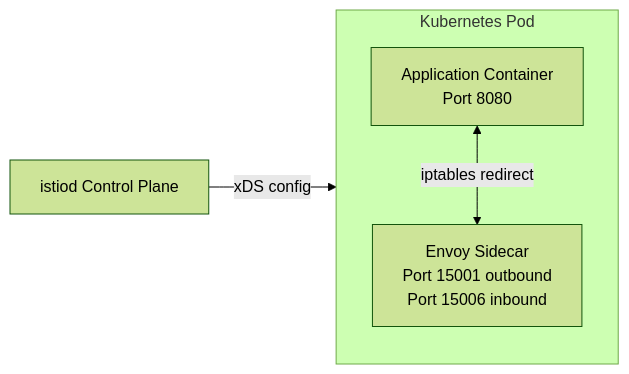
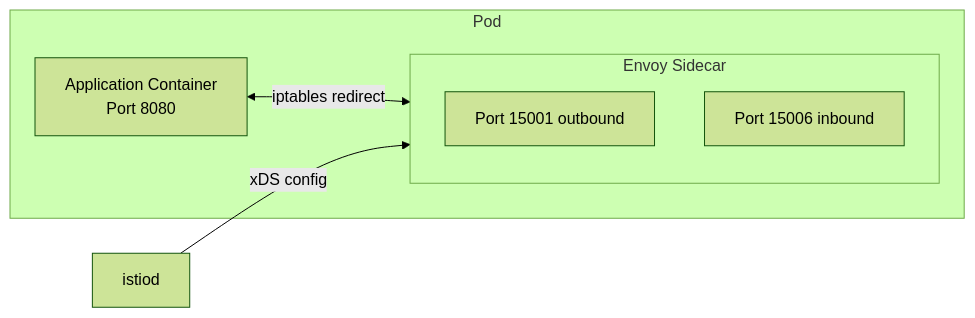
One commit to krisztiankoos/kubedojo changed the second of 8 diagrams in src/content/docs/k8s/ica/module-1.1-istio-installation-architecture.md. Above: the diagram before and after it, drawn with Mermaid (forest theme). The commit also changed other lines of this file, not shown here.

Commit message:
chore(content): write-only draft [k8s/ica/module-1.1-istio-installation-architecture]

````diff
--- a/src/content/docs/k8s/ica/module-1.1-istio-installation-architecture.md
+++ b/src/content/docs/k8s/ica/module-1.1-istio-installation-architecture.md
@@ -127,12 +151,12 @@
 ```mermaid
 flowchart LR
-    subgraph PodEnvironment[Kubernetes Pod]
-        direction TB
-        App[Application Container\nPort 8080]
-        Envoy[Envoy Sidecar\nPort 15001 outbound\nPort 15006 inbound]
-        
+    subgraph Pod [Pod]
+        App[Application Container<br/>Port 8080]
+        subgraph Envoy [Envoy Sidecar]
+            Out[Port 15001 outbound]
+            In[Port 15006 inbound]
+        end
         App <-->|iptables redirect| Envoy
     end
-    
-    istiod[istiod Control Plane] -->|xDS config| Envoy
+    istiod[istiod] -->|xDS config| Envoy
 ```
````
